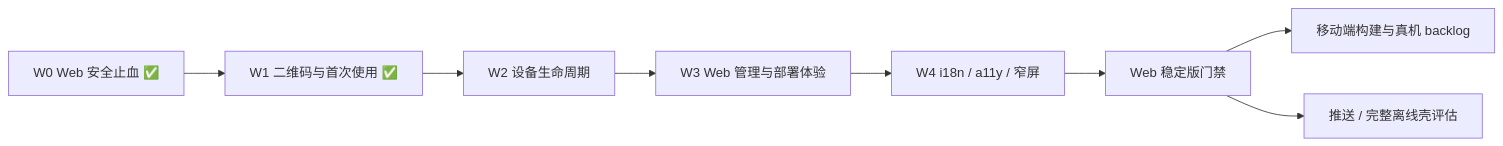
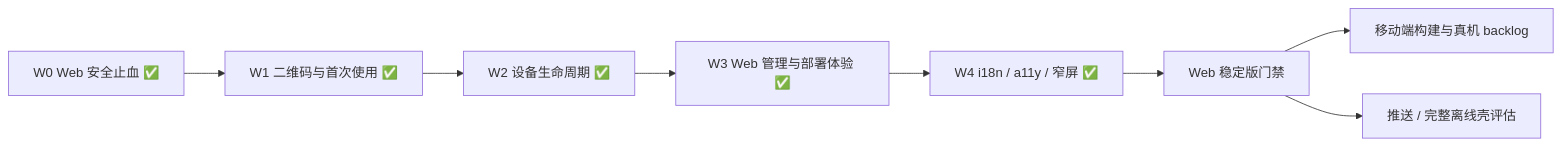
Before and after one commit to citrusli2026/dsh-mobile-shell: the diagram in docs/10-roadmap-to-release.md, drawn with Mermaid. The commit also changed other lines of this file and 14 other files, not shown here.

First line of the commit message:
feat(web): device lifecycle, admin console, and zh/en launcher (roadmap W2-W4)

````diff
--- a/docs/10-roadmap-to-release.md
+++ b/docs/10-roadmap-to-release.md
@@ -16,10 +16,10 @@
 ```mermaid
 flowchart LR
   W0["W0 Web 安全止血 ✅"] --> W1["W1 二维码与首次使用 ✅"]
-  W1 --> W2["W2 设备生命周期"]
-  W2 --> W3["W3 Web 管理与部署体验"]
-  W3 --> W4["W4 i18n / a11y / 窄屏"]
+  W1 --> W2["W2 设备生命周期 ✅"]
+  W2 --> W3["W3 Web 管理与部署体验 ✅"]
+  W3 --> W4["W4 i18n / a11y / 窄屏 ✅"]
   W4 --> WG["Web 稳定版门禁"]
   WG --> M1["移动端构建与真机 backlog"]
   WG --> X1["推送 / 完整离线壳评估"]
 ```
````
